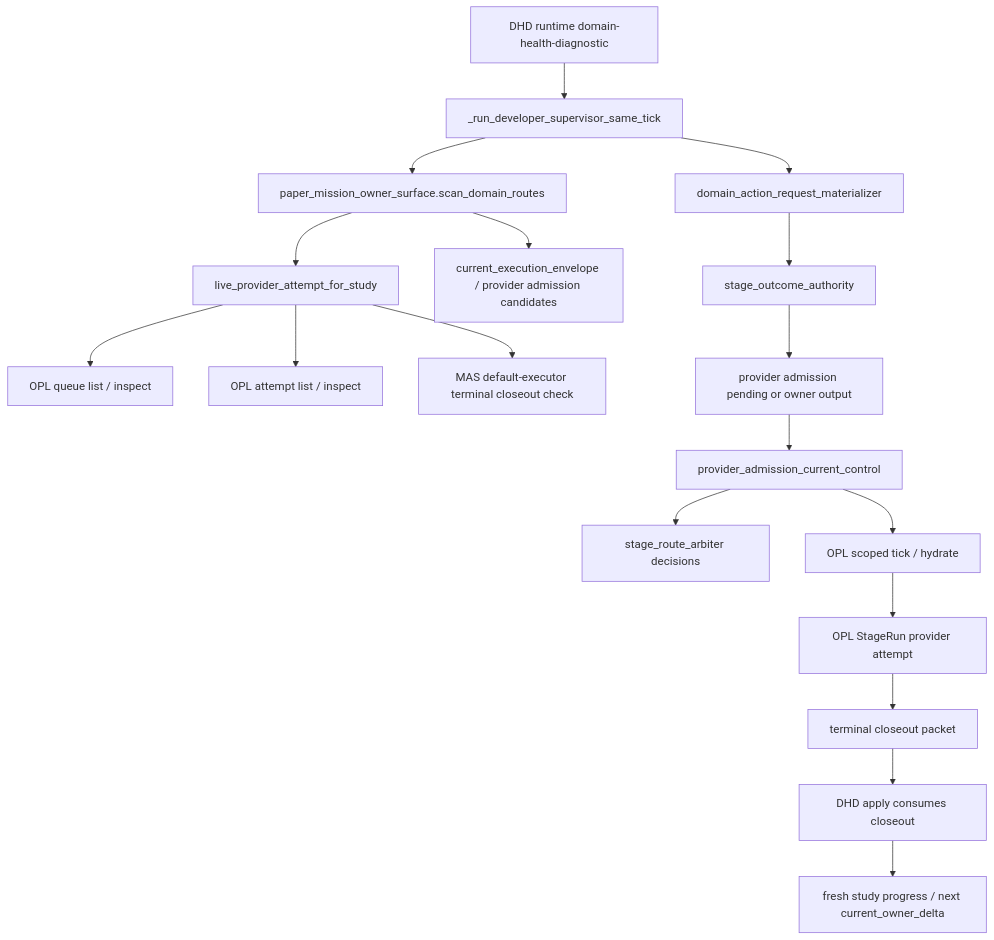
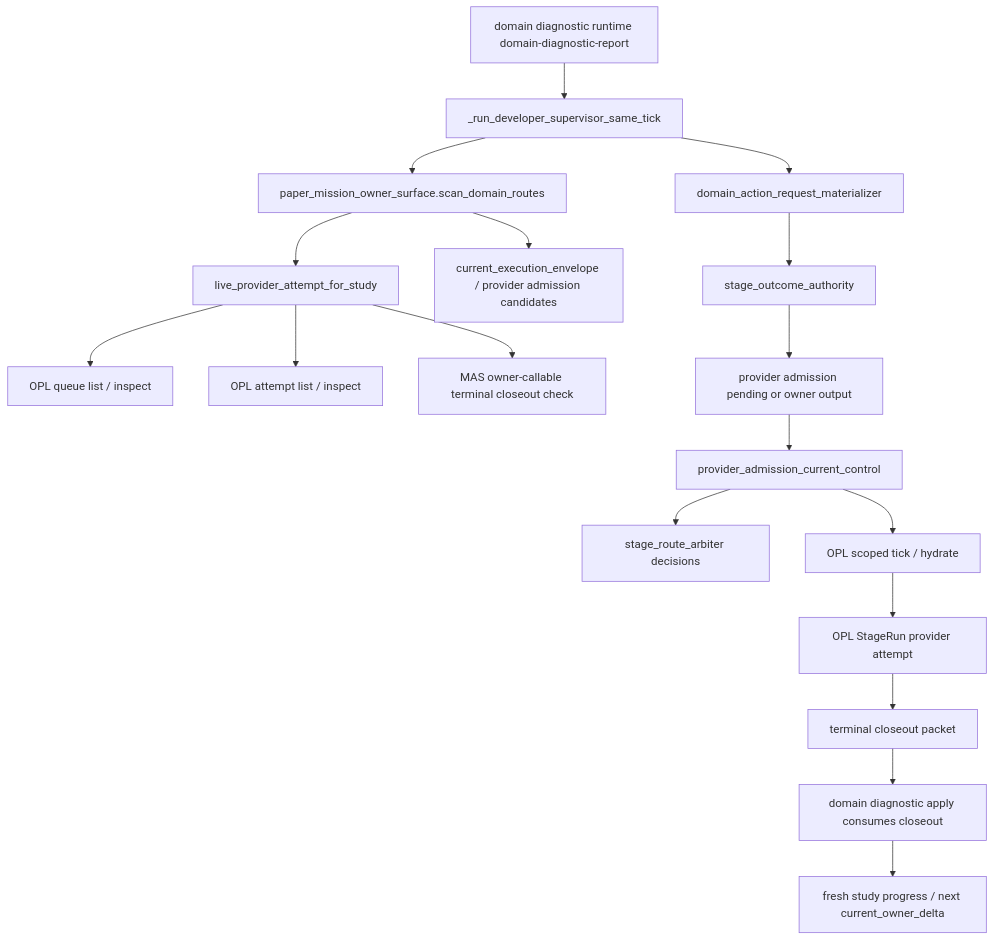
The first of 2 diagrams in docs/runtime/designs/stage_route_reconcile_target.md (gaofeng21cn/med-autoscience), drawn with Mermaid before and after one commit. The commit also changed other lines of this file and 529 other files, not shown here.

Commit message:
Retire MAS active owner-route runtime residues

````diff
--- a/docs/runtime/designs/stage_route_reconcile_target.md
+++ b/docs/runtime/designs/stage_route_reconcile_target.md
@@ -21,20 +21,20 @@
 ```mermaid
 flowchart TD
-  A["DHD runtime domain-health-diagnostic"] --> B["_run_developer_supervisor_same_tick"]
+  A["domain diagnostic runtime domain-diagnostic-report"] --> B["_run_developer_supervisor_same_tick"]
   B --> C["paper_mission_owner_surface.scan_domain_routes"]
   C --> D["live_provider_attempt_for_study"]
   D --> D1["OPL queue list / inspect"]
   D --> D2["OPL attempt list / inspect"]
-  D --> D3["MAS default-executor terminal closeout check"]
+  D --> D3["MAS owner-callable terminal closeout check"]
   C --> E["current_execution_envelope / provider admission candidates"]
   B --> F["domain_action_request_materializer"]
   F --> G["stage_outcome_authority"]
   G --> H["provider admission pending or owner output"]
   H --> I["provider_admission_current_control"]
   I --> I2["stage_route_arbiter decisions"]
   I --> J["OPL scoped tick / hydrate"]
   J --> K["OPL StageRun provider attempt"]
   K --> L["terminal closeout packet"]
-  L --> M["DHD apply consumes closeout"]
+  L --> M["domain diagnostic apply consumes closeout"]
   M --> N["fresh study progress / next current_owner_delta"]
 ```
````
